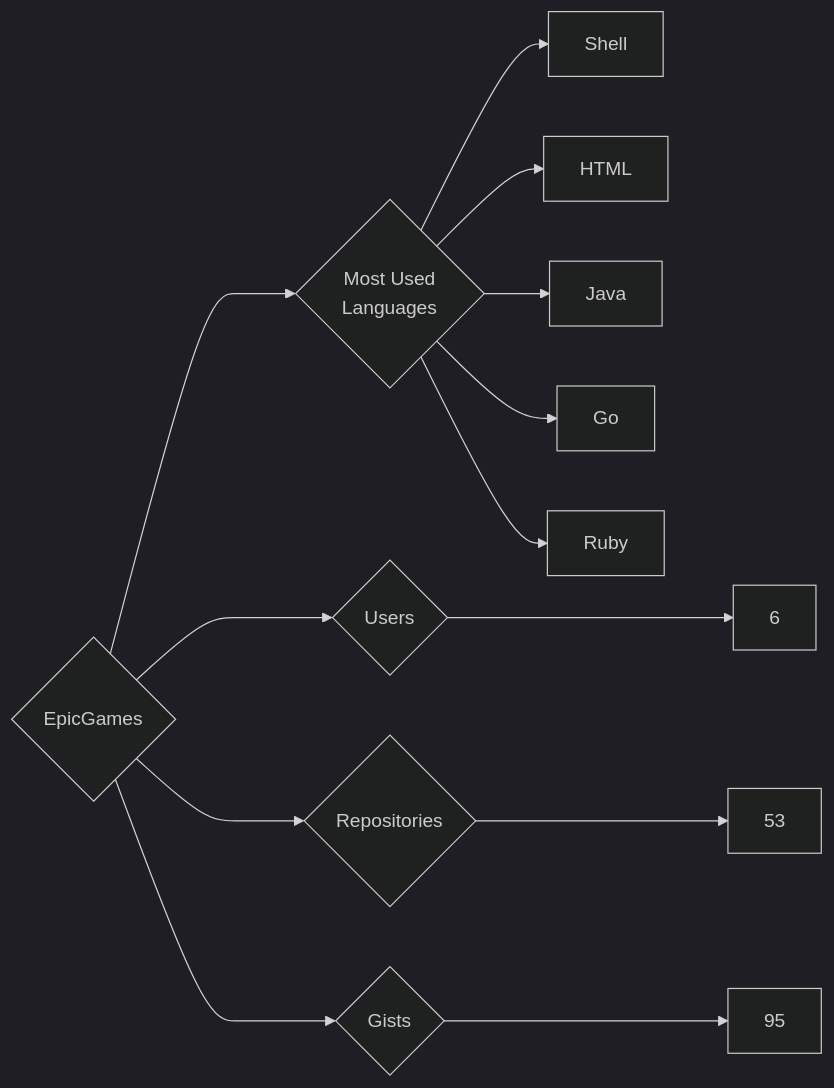
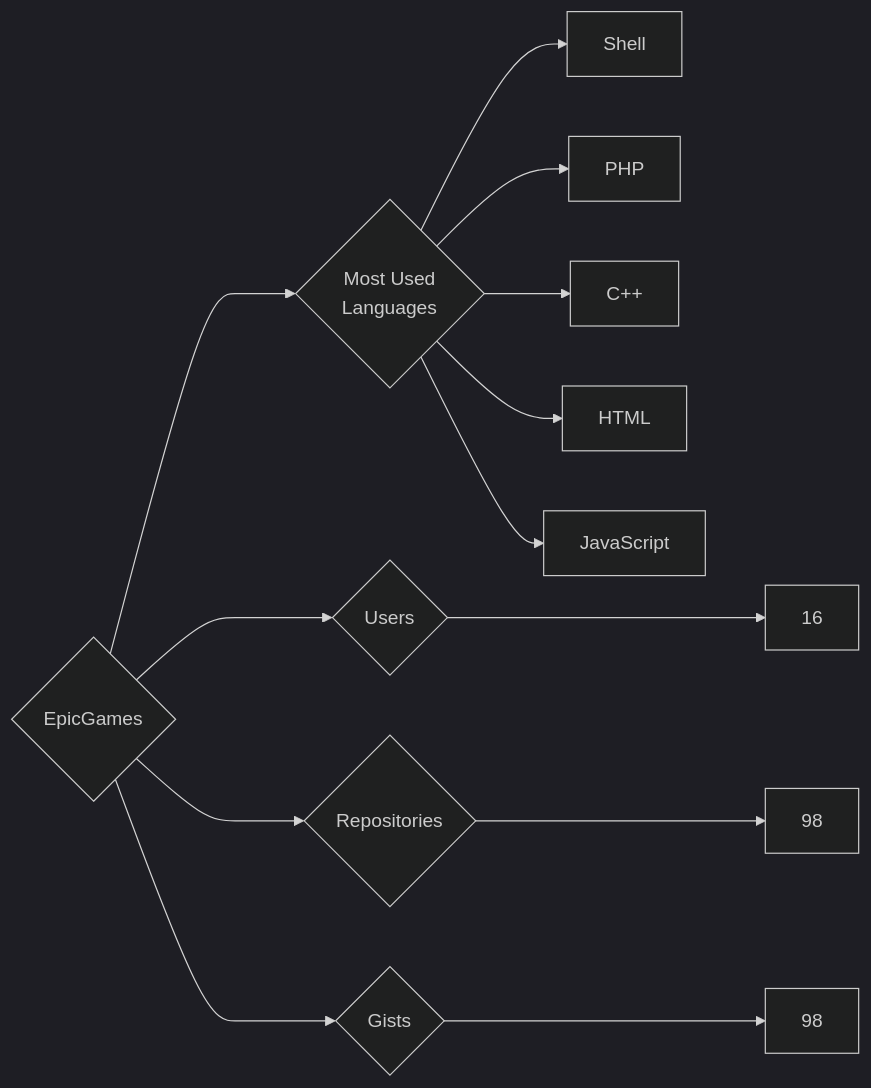
The diagram in targets/EpicGames/README.md (trickest/insiders), drawn with Mermaid (dark theme) before and after one commit. The commit also changed 933 other files, not shown here.

````diff
--- a/targets/EpicGames/README.md
+++ b/targets/EpicGames/README.md
@@ -3,13 +3,13 @@
 ```mermaid
 graph LR
 COMPANY_NAME{EpicGames}
-COMPANY_NAME ---> U{Users} ---> UN[6]
-COMPANY_NAME ---> R{Repositories} ---> RN[53]
-COMPANY_NAME ---> G{Gists} ---> GN[95]
+COMPANY_NAME ---> U{Users} ---> UN[16]
+COMPANY_NAME ---> R{Repositories} ---> RN[98]
+COMPANY_NAME ---> G{Gists} ---> GN[98]
 COMPANY_NAME ---> ML{Most Used<br>Languages}
 ML --> Shell[Shell]
+ML --> PHP[PHP]
+ML --> C++[C++]
 ML --> HTML[HTML]
-ML --> Java[Java]
-ML --> Go[Go]
-ML --> Ruby[Ruby]
+ML --> JavaScript[JavaScript]
 ```
````
